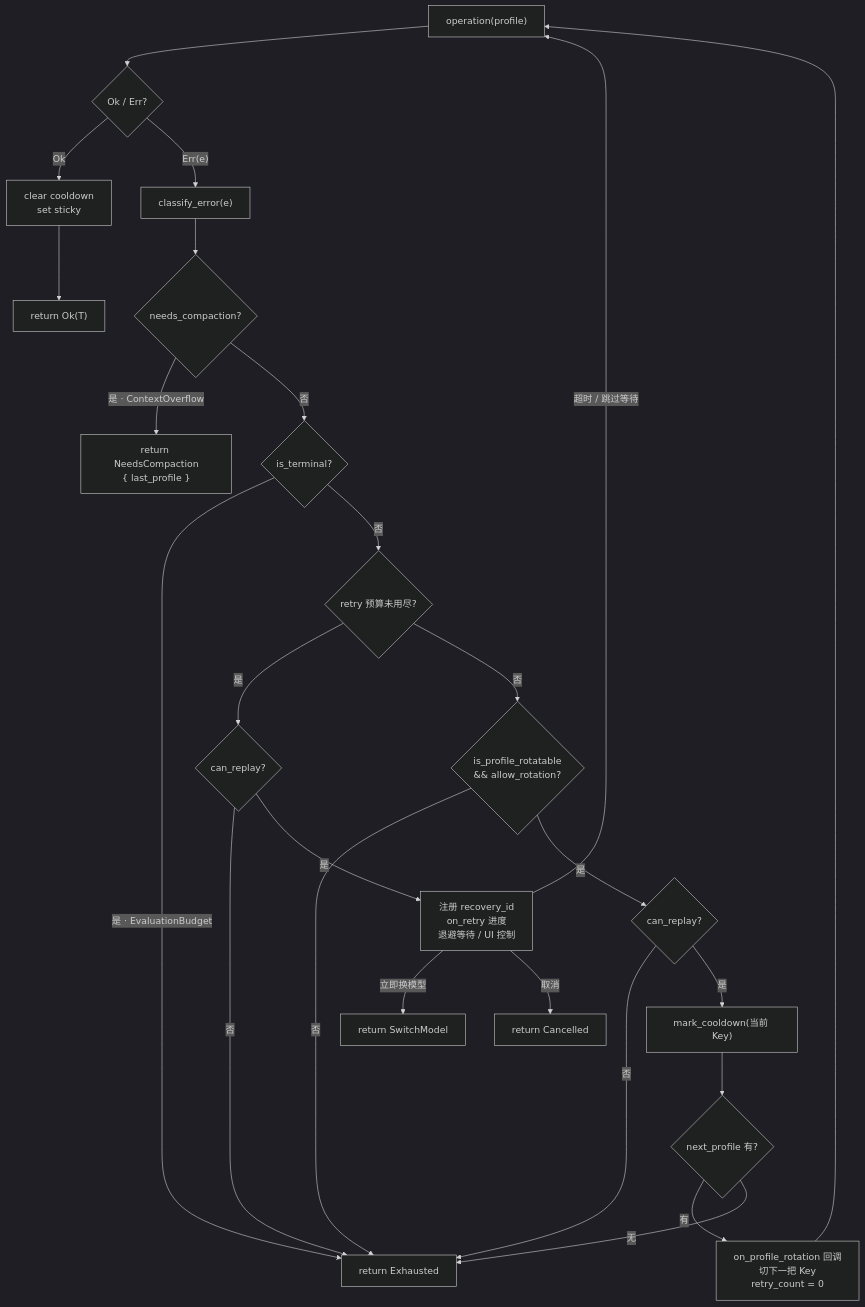
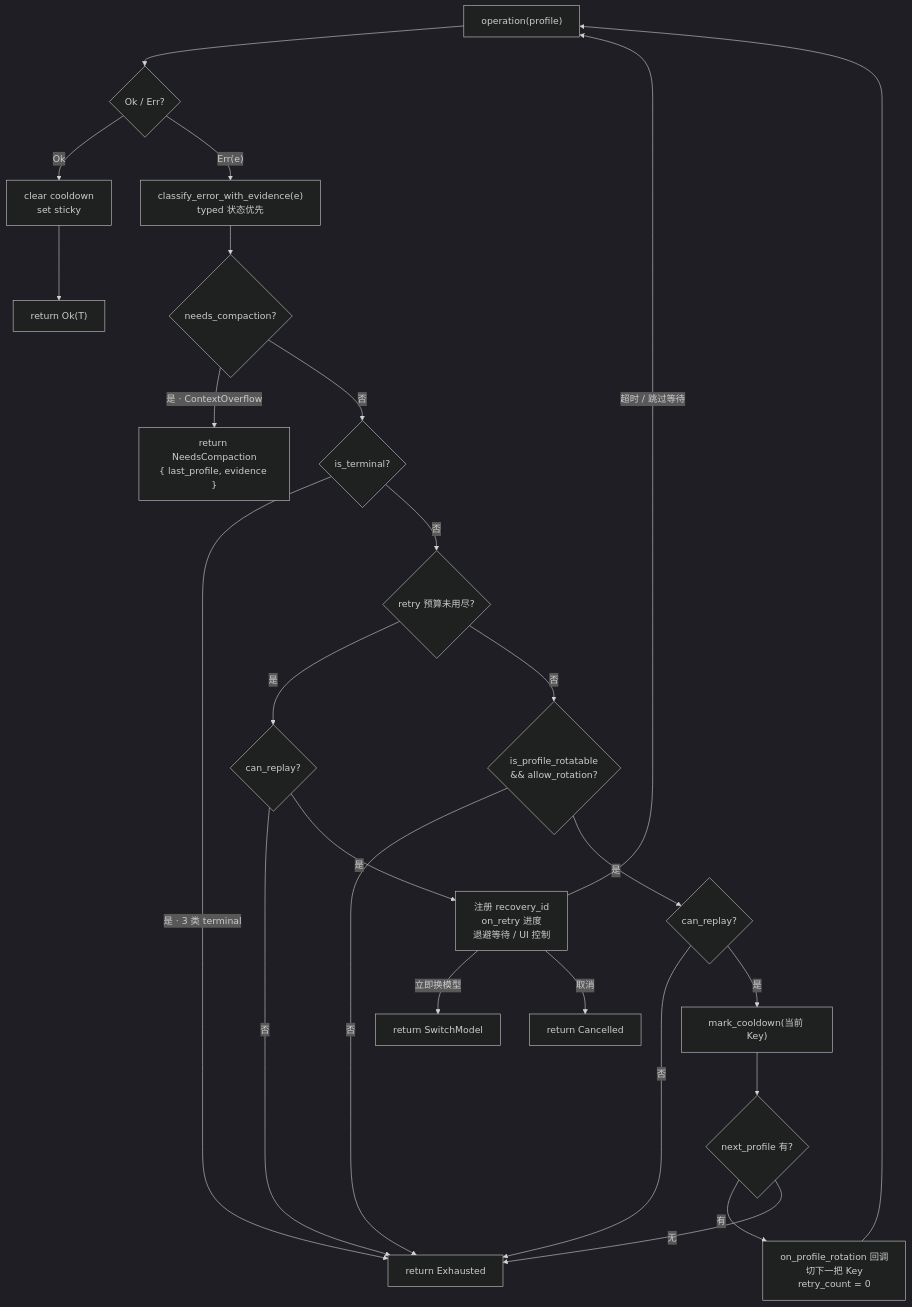
Before and after one commit to gabrielmoreira/agent-skills-mirror: the second of 3 diagrams in mirrors/repos/shiwenwen@hope-agent/docs/architecture/agent/failover.md, drawn with Mermaid (dark theme). The commit also changed other lines of this file and 1493 other files, not shown here.

````diff
--- a/mirrors/repos/shiwenwen@hope-agent/docs/architecture/agent/failover.md
+++ b/mirrors/repos/shiwenwen@hope-agent/docs/architecture/agent/failover.md
@@ -89,28 +91,28 @@
 ```mermaid
 flowchart TD
     Start["operation(profile)"] --> Res{"Ok / Err?"}
     Res -- Ok --> Win["clear cooldown<br/>set sticky"] --> RetOk["return Ok(T)"]
 
-    Res -- "Err(e)" --> Cls["classify_error(e)"]
+    Res -- "Err(e)" --> Cls["classify_error_with_evidence(e)<br/>typed 状态优先"]
     Cls --> Comp{"needs_compaction?"}
-    Comp -- "是 · ContextOverflow" --> NC["return NeedsCompaction<br/>{ last_profile }"]
+    Comp -- "是 · ContextOverflow" --> NC["return NeedsCompaction<br/>{ last_profile, evidence }"]
     Comp -- 否 --> Term{"is_terminal?"}
-    Term -- "是 · EvaluationBudget" --> Exh["return Exhausted"]
+    Term -- "是 · 3 类 terminal" --> Exh["return Exhausted"]
     Term -- 否 --> Budget{"retry 预算未用尽?"}
 
     Budget -- 是 --> Guard1{"can_replay?"}
     Guard1 -- 否 --> Exh
     Guard1 -- 是 --> Wait["注册 recovery_id<br/>on_retry 进度<br/>退避等待 / UI 控制"]
     Wait -- "超时 / 跳过等待" --> Start
     Wait -- 立即换模型 --> SW["return SwitchModel"]
     Wait -- 取消 --> Cxl["return Cancelled"]
 
     Budget -- 否 --> Rot{"is_profile_rotatable<br/>&& allow_rotation?"}
     Rot -- 否 --> Exh
     Rot -- 是 --> Guard2{"can_replay?"}
     Guard2 -- 否 --> Exh
     Guard2 -- 是 --> Mark["mark_cooldown(当前 Key)"]
     Mark --> Next{"next_profile 有?"}
     Next -- 有 --> Rotate["on_profile_rotation 回调<br/>切下一把 Key<br/>retry_count = 0"] --> Start
     Next -- 无 --> Exh
 ```
````
